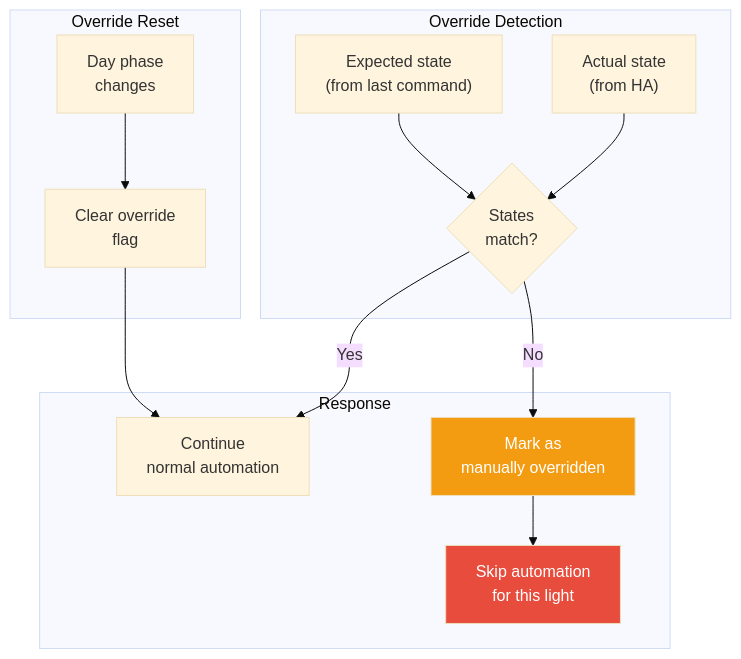
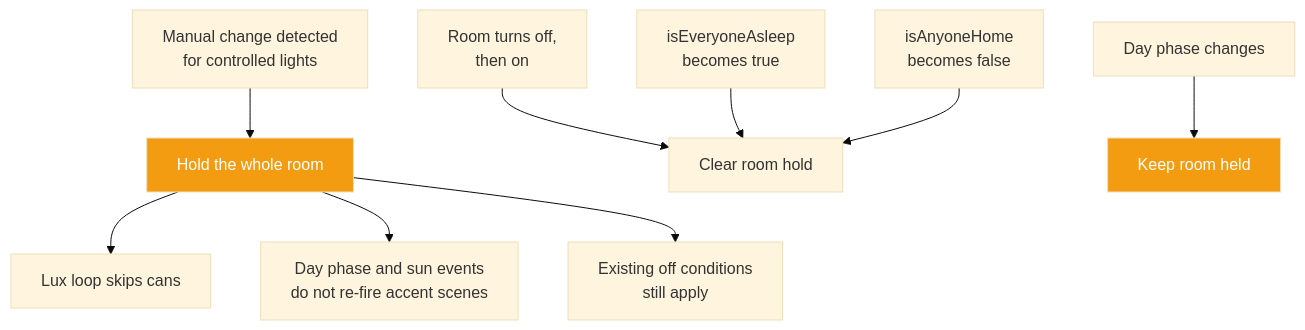
One commit to NickBorgers/home-automation changed the fifth of 7 diagrams in docs/flows/LIGHTING_CONTROL.md. Above: the diagram before and after it, drawn with Mermaid (base theme). The commit also changed other lines of this file and 2 other files, not shown here.

Commit message:
Fix #1200: clarify lighting calibration and manual holds (#1201)
* docs(lighting): propose lux-target lighting design

Ceiling cans follow a daily lux and kelvin curve, filling in only what
daylight does not supply. Manual changes hold until the room cycles
off/on or everyone is asleep, so phase changes stop undoing them.

* docs(lighting): clarify calibration and override holds

* docs(architecture): correct stale lighting manual override entry

ARCHITECTURE.md line 304 still said "Handle manual overrides" but the
lighting plugin has no override detection. Aligns with LIGHTING_CONTROL.md
which was corrected in this PR to mark the feature as planned/not yet
implemented.

---------

````diff
--- a/docs/flows/LIGHTING_CONTROL.md
+++ b/docs/flows/LIGHTING_CONTROL.md
@@ -174,31 +179,15 @@
 ```mermaid
 flowchart TD
-    subgraph Detection["Override Detection"]
-        expected["Expected state<br/>(from last command)"]
-        actual["Actual state<br/>(from HA)"]
-        compare{"States<br/>match?"}
-    end
+    manual["Manual change detected<br/>for controlled lights"] --> hold["Hold the whole room"]
+    hold --> skipCans["Lux loop skips cans"]
+    hold --> skipScenes["Day phase and sun events<br/>do not re-fire accent scenes"]
+    hold --> offConditions["Existing off conditions<br/>still apply"]
 
-    subgraph Response["Response"]
-        normal["Continue<br/>normal automation"]
-        override["Mark as<br/>manually overridden"]
-        protect["Skip automation<br/>for this light"]
-    end
+    roomRestart["Room turns off,<br/>then on"] --> clear["Clear room hold"]
+    everyoneAsleep["isEveryoneAsleep<br/>becomes true"] --> clear
+    nobodyHome["isAnyoneHome<br/>becomes false"] --> clear
+    dayPhase["Day phase changes"] --> keep["Keep room held"]
 
-    subgraph Reset["Override Reset"]
-        dayPhaseChange["Day phase<br/>changes"]
-        clearOverride["Clear override<br/>flag"]
-    end
-
-    expected --> compare
-    actual --> compare
-    compare -->|Yes| normal
-    compare -->|No| override
-    override --> protect
-
-    dayPhaseChange --> clearOverride
-    clearOverride --> normal
-
-    style override fill:#f39c12,color:#fff
-    style protect fill:#e74c3c,color:#fff
+    style hold fill:#f39c12,color:#fff
+    style keep fill:#f39c12,color:#fff
 ```
````
